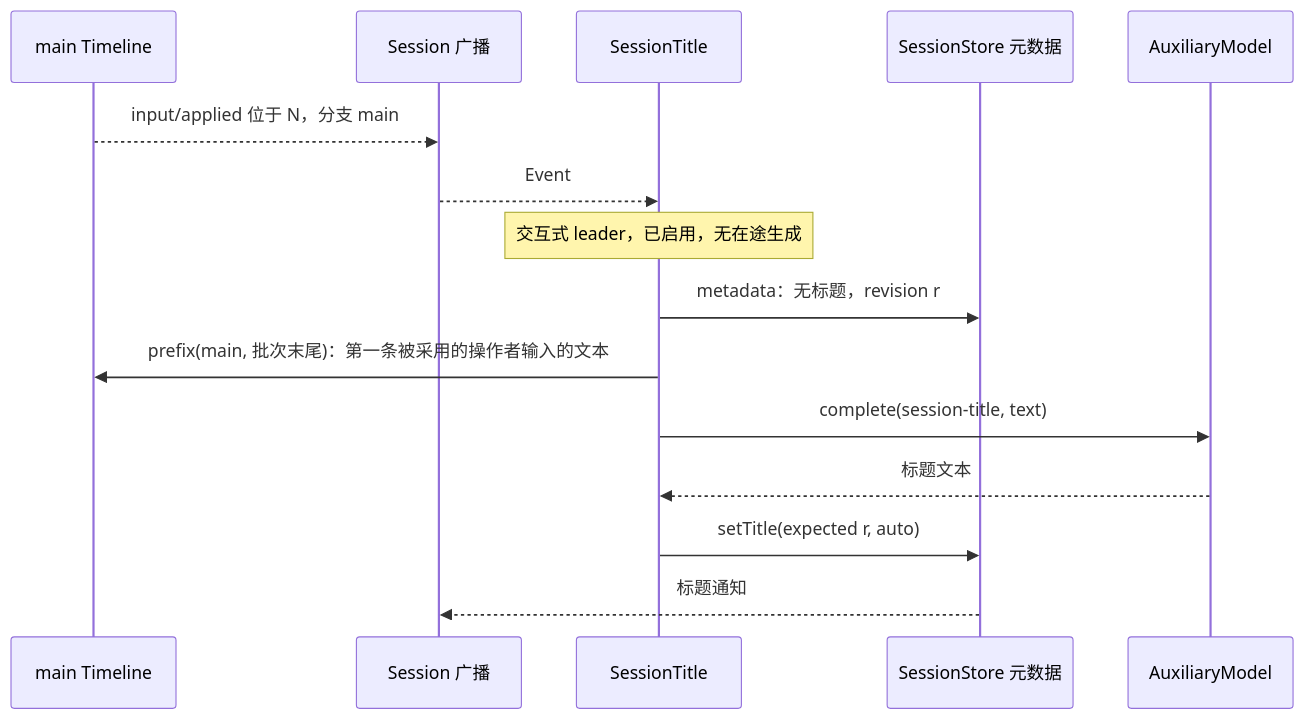
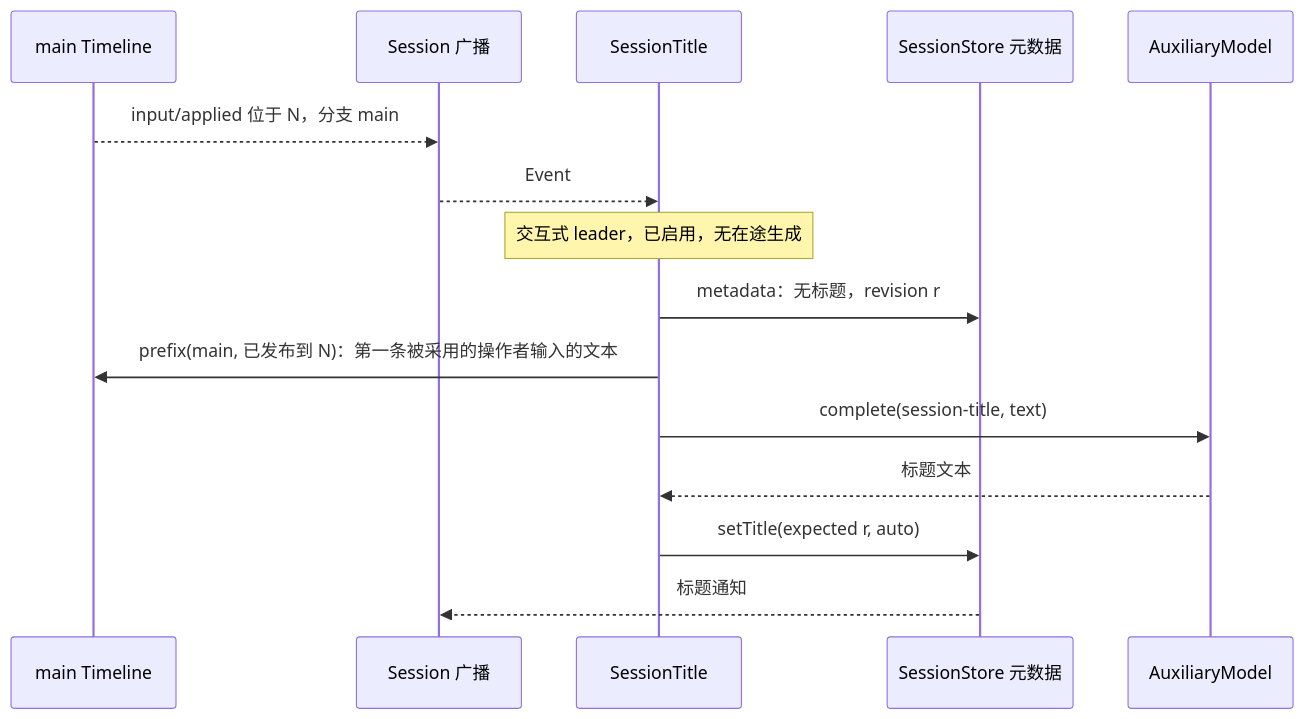
The third of 5 diagrams in docs/zh/design/plugins/SessionTitle.md (CoutinhoTTS/dim-agent), drawn with Mermaid before and after one commit. The commit also changed other lines of this file and 12 other files, not shown here.

First line of the commit message:
docs: revise the roadmap into ordered work items; follow up review

````diff
--- a/docs/zh/design/plugins/SessionTitle.md
+++ b/docs/zh/design/plugins/SessionTitle.md
@@ -69,17 +69,17 @@
 ```mermaid
 sequenceDiagram
   participant TL as main Timeline
   participant SB as Session 广播
   participant ST as SessionTitle
   participant Meta as SessionStore 元数据
   participant Aux as AuxiliaryModel
   TL-->>SB: input/applied 位于 N，分支 main
   SB-->>ST: Event
   Note over ST: 交互式 leader，已启用，无在途生成
   ST->>Meta: metadata：无标题，revision r
-  ST->>TL: prefix(main, 批次末尾)：第一条被采用的操作者输入的文本
+  ST->>TL: prefix(main, 已发布到 N)：第一条被采用的操作者输入的文本
   ST->>Aux: complete(session-title, text)
   Aux-->>ST: 标题文本
   ST->>Meta: setTitle(expected r, auto)
   Meta-->>SB: 标题通知
 ```
````
